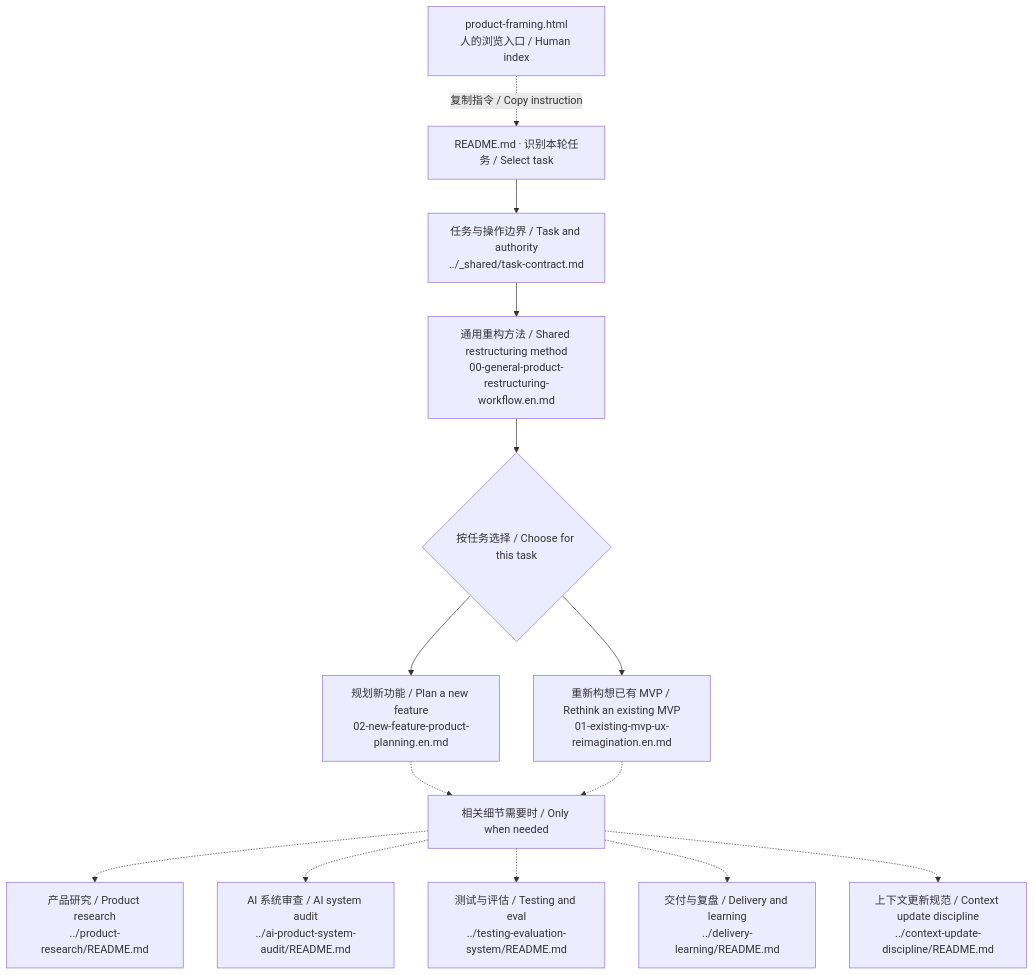
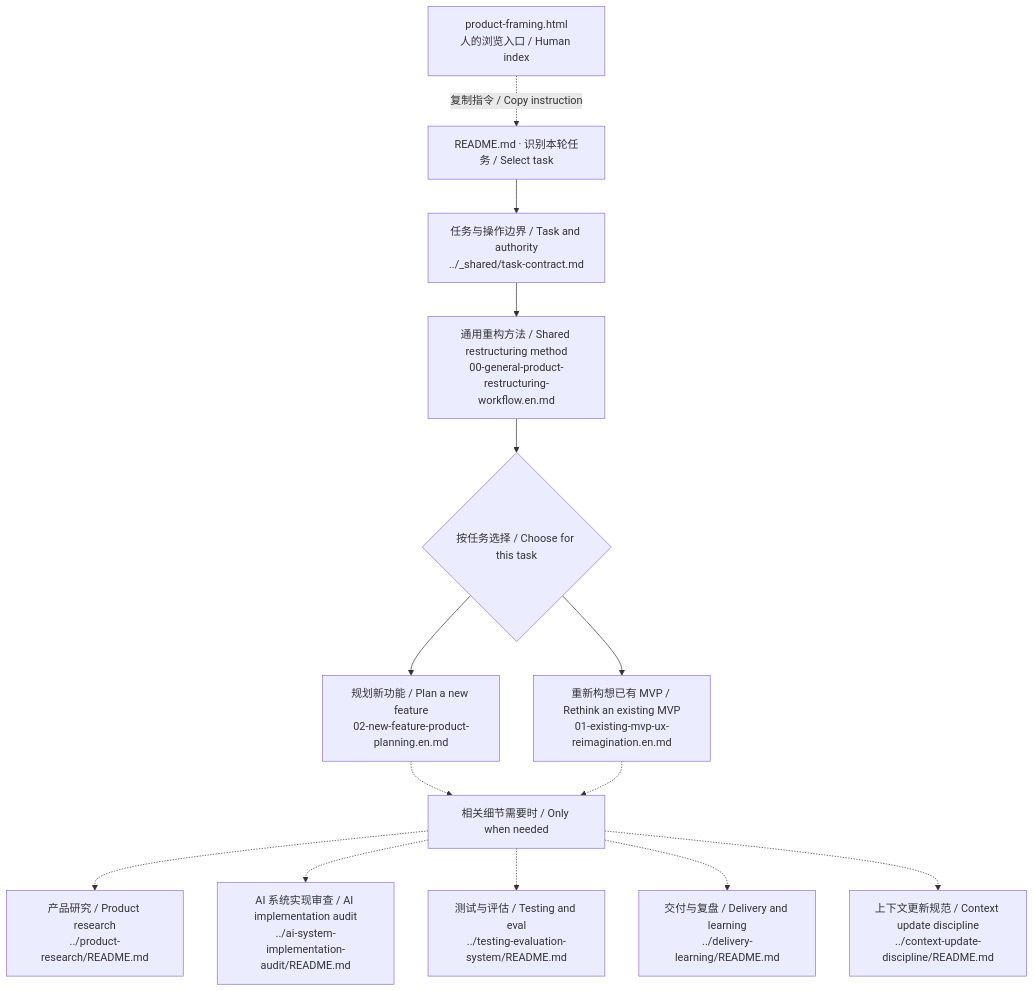
The diagram in prompts/product-ux-rethinking/product-framing-map.md (CD3-github/product-practice-library), drawn with Mermaid before and after one commit. The commit also changed other lines of this file and 16 other files, not shown here.

Commit message:
Rename AI system implementation audit

````diff
--- a/prompts/product-ux-rethinking/product-framing-map.md
+++ b/prompts/product-ux-rethinking/product-framing-map.md
@@ -15,29 +15,29 @@
 ```mermaid
 flowchart TD
   H["product-framing.html<br/>人的浏览入口 / Human index"]
   E["README.md · 识别本轮任务 / Select task"]
   H -. "复制指令 / Copy instruction" .-> E
   Q0["任务与操作边界 / Task and authority<br/>../_shared/task-contract.md"]
   E --> Q0
   Q1["通用重构方法 / Shared restructuring method<br/>00-general-product-restructuring-workflow.en.md"]
   Q0 --> Q1
   S{"按任务选择 / Choose for this task"}
   Q1 --> S
   W0["规划新功能 / Plan a new feature<br/>02-new-feature-product-planning.en.md"]
   S --> W0
   W1["重新构想已有 MVP / Rethink an existing MVP<br/>01-existing-mvp-ux-reimagination.en.md"]
   S --> W1
   O["相关细节需要时 / Only when needed"]
   W0 -.-> O
   W1 -.-> O
   R0["产品研究 / Product research<br/>../product-research/README.md"]
   O -.-> R0
-  R1["AI 系统审查 / AI system audit<br/>../ai-product-system-audit/README.md"]
+  R1["AI 系统实现审查 / AI implementation audit<br/>../ai-system-implementation-audit/README.md"]
   O -.-> R1
   R2["测试与评估 / Testing and eval<br/>../testing-evaluation-system/README.md"]
   O -.-> R2
   R3["交付与复盘 / Delivery and learning<br/>../delivery-learning/README.md"]
   O -.-> R3
   R4["上下文更新规范 / Context update discipline<br/>../context-update-discipline/README.md"]
   O -.-> R4
 ```
````
